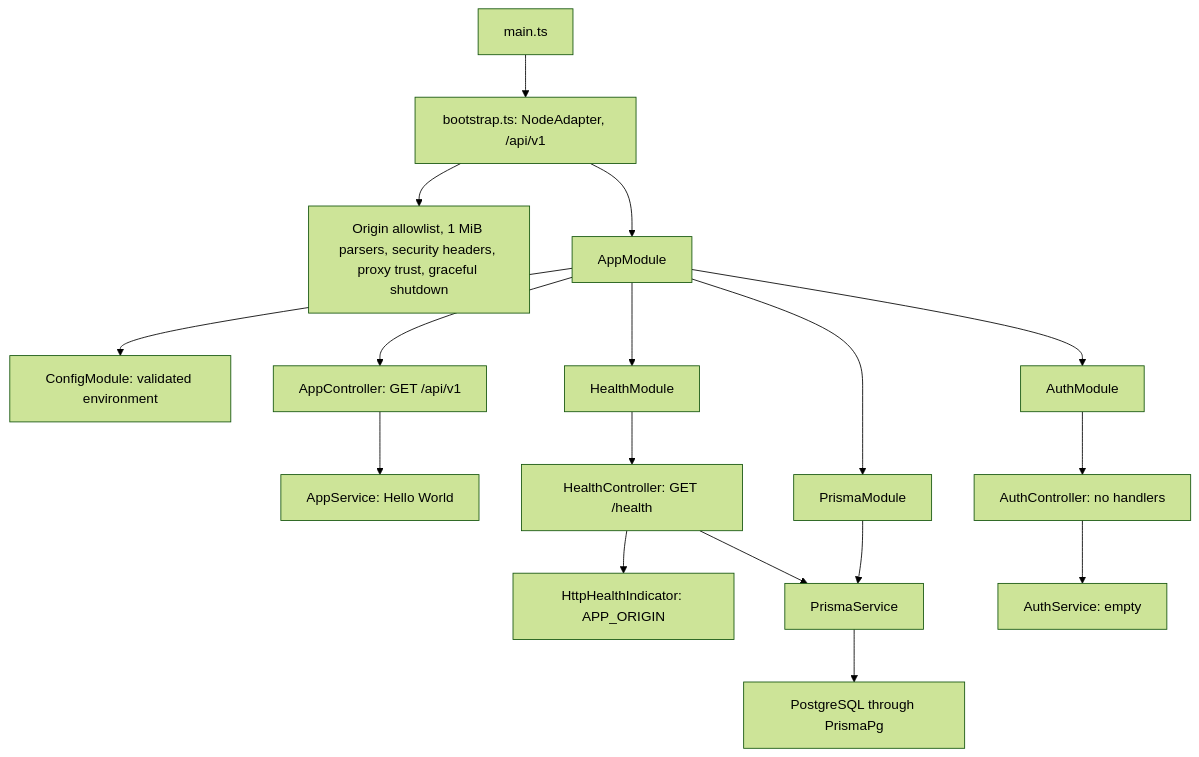
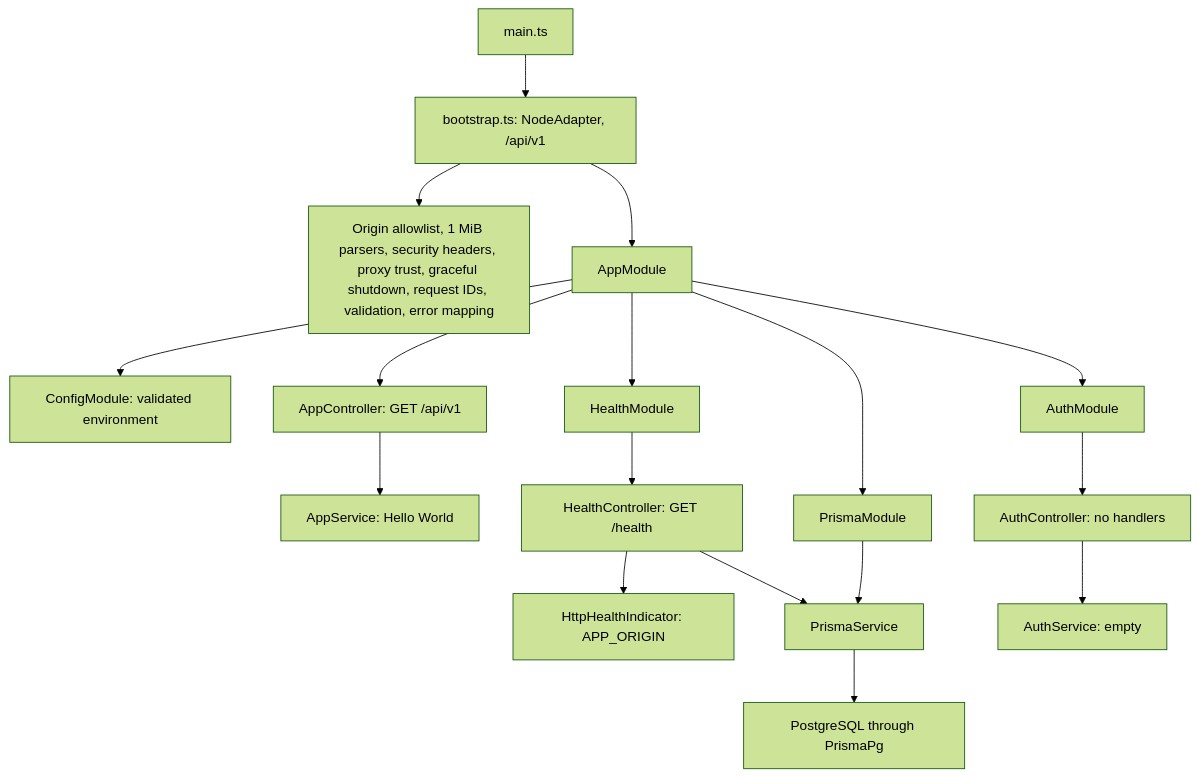
One commit to aditya04tripathi/avenro changed the diagram in apps/api/docs/backend/API_MAP.md. Above: the diagram before and after it, drawn with Mermaid (forest theme). The commit also changed other lines of this file and 3 other files, not shown here.

````diff
--- a/apps/api/docs/backend/API_MAP.md
+++ b/apps/api/docs/backend/API_MAP.md
@@ -7,19 +7,19 @@
 ```mermaid
 flowchart TD
   Main[main.ts] --> Boot[bootstrap.ts: NodeAdapter, /api/v1]
-  Boot --> Transport[Origin allowlist, 1 MiB parsers, security headers, proxy trust, graceful shutdown]
+  Boot --> Transport[Origin allowlist, 1 MiB parsers, security headers, proxy trust, graceful shutdown, request IDs, validation, error mapping]
   Boot --> App[AppModule]
   App --> Config[ConfigModule: validated environment]
   App --> Root[AppController: GET /api/v1]
   Root --> Hello[AppService: Hello World]
   App --> Health[HealthModule]
   Health --> HC[HealthController: GET /health]
   HC --> HTTP[HttpHealthIndicator: APP_ORIGIN]
   HC --> DB[PrismaService]
   App --> PM[PrismaModule]
   PM --> DB
   DB --> PG[PostgreSQL through PrismaPg]
   App --> Auth[AuthModule]
   Auth --> AC[AuthController: no handlers]
   AC --> AS[AuthService: empty]
 ```
````
